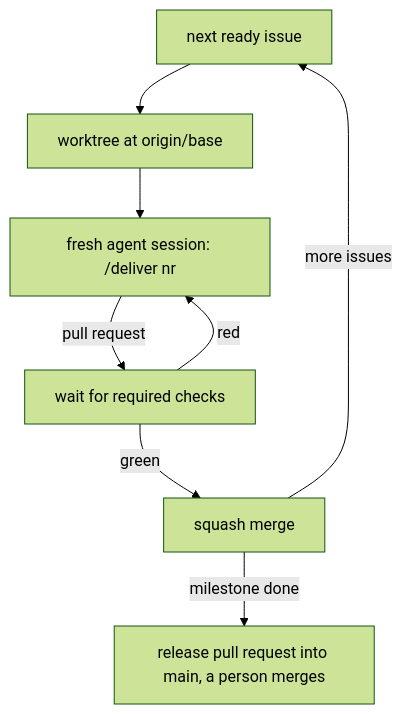
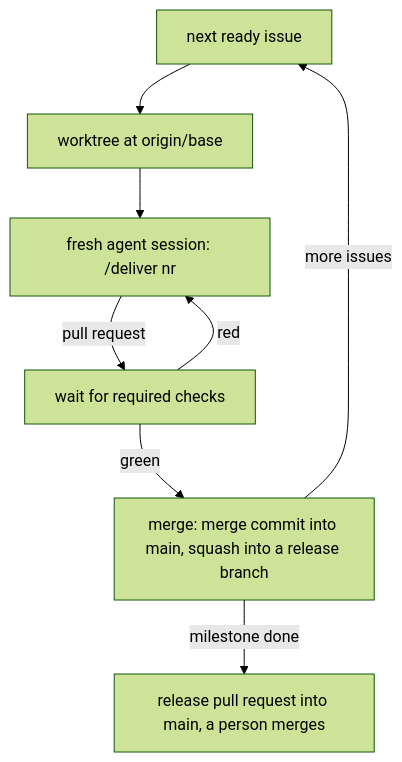
The diagram in site/guides/deliver.md (GravionLabs/skills), drawn with Mermaid (forest theme) before and after one commit. The commit also changed 3 other files, not shown here.

First line of the commit message:
fix(deliver): the loop merges into the default branch with a merge commit (#740)

````diff
--- a/site/guides/deliver.md
+++ b/site/guides/deliver.md
@@ -26,10 +26,10 @@
 ```mermaid
 flowchart TD
   S[next ready issue] --> W[worktree at origin/base]
   W --> A[fresh agent session: /deliver nr]
   A -->|pull request| C[wait for required checks]
-  C -->|green| M[squash merge]
+  C -->|green| M[merge: merge commit into main, squash into a release branch]
   C -->|red| A
   M -->|more issues| S
   M -->|milestone done| R[release pull request into main, a person merges]
 ```
````
